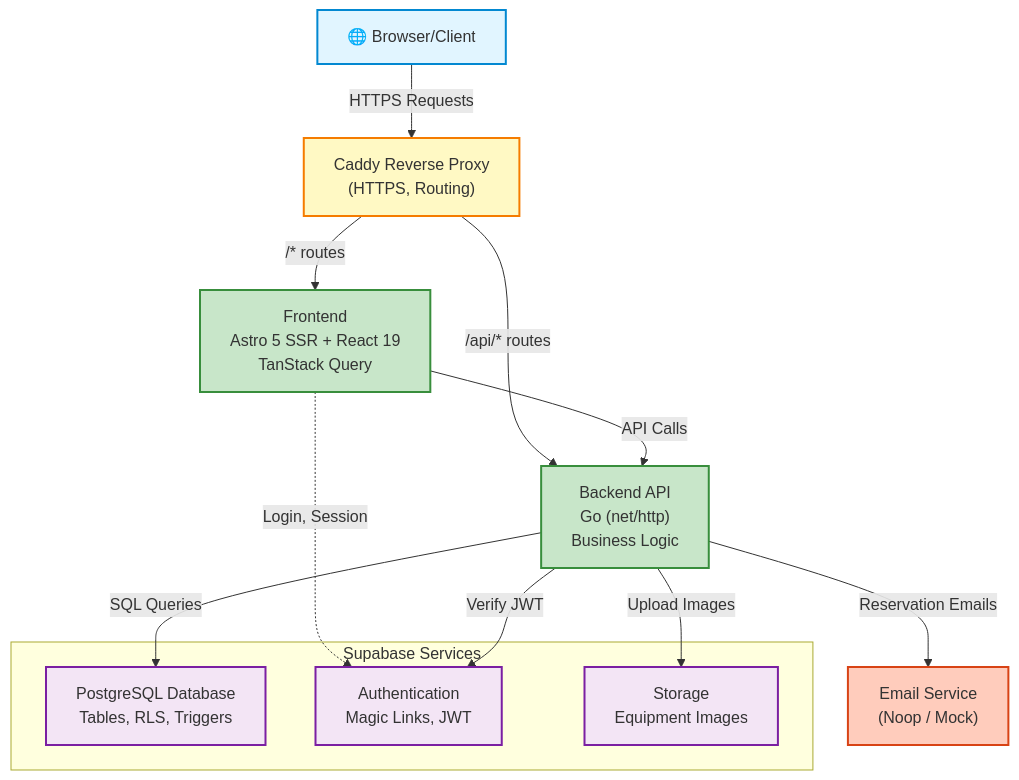
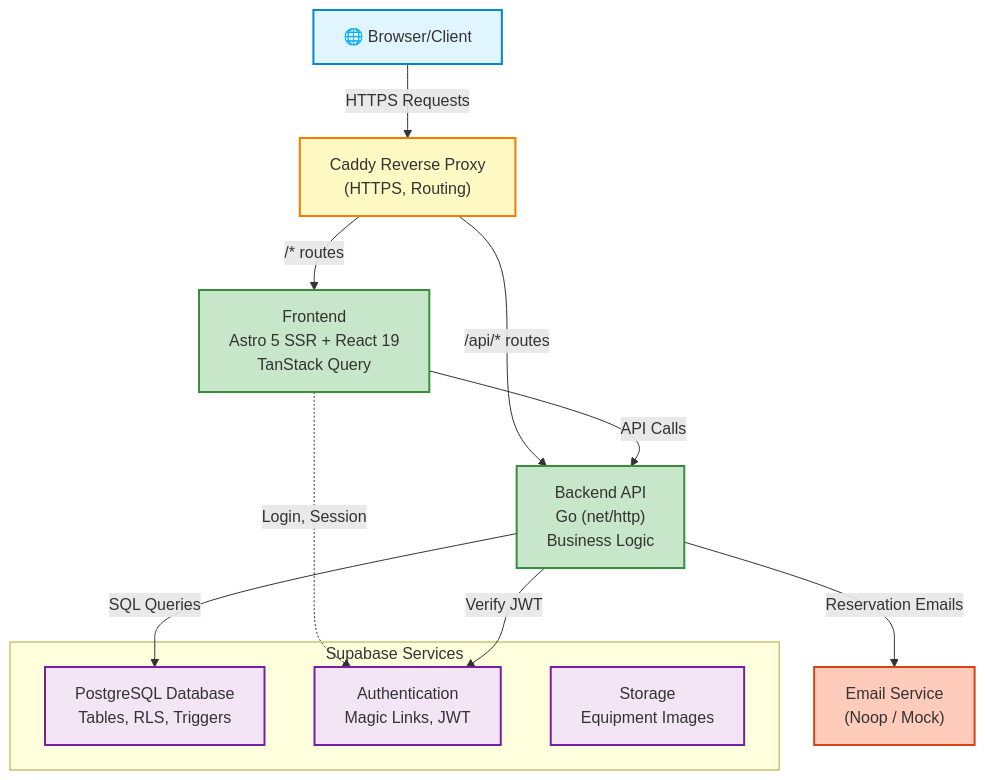
Before and after one commit to AKTK-Bystrze/Magazyn: the diagram in documentation/overview/high-level-architecture.md, drawn with Mermaid. The commit also changed other lines of this file and 74 other files, not shown here.

````diff
--- a/documentation/overview/high-level-architecture.md
+++ b/documentation/overview/high-level-architecture.md
@@ -5,43 +5,42 @@
 ```mermaid
 flowchart TB
     Browser["🌐 Browser/Client"]
-    
+
     Caddy["Caddy Reverse Proxy<br/>(HTTPS, Routing)"]
-    
+
     Frontend["Frontend<br/>Astro 5 SSR + React 19<br/>TanStack Query"]
-    
+
     Backend["Backend API<br/>Go (net/http)<br/>Business Logic"]
-    
+
     subgraph Supabase["Supabase Services"]
         DB["PostgreSQL Database<br/>Tables, RLS, Triggers"]
         Auth["Authentication<br/>Magic Links, JWT"]
         Storage["Storage<br/>Equipment Images"]
     end
-    
+
     Email["Email Service<br/>(Noop / Mock)"]
-    
+
     Browser -->|"HTTPS Requests"| Caddy
-    
+
     Caddy -->|"/* routes"| Frontend
     Caddy -->|"/api/* routes"| Backend
-    
+
     Frontend -->|"API Calls"| Backend
     Frontend -.->|"Login, Session"| Auth
-    
+
     Backend -->|"SQL Queries"| DB
     Backend -->|"Verify JWT"| Auth
-    Backend -->|"Upload Images"| Storage
     Backend -->|"Reservation Emails"| Email
-    
+
     classDef browserStyle fill:#e1f5ff,stroke:#0288d1,stroke-width:2px
     classDef proxyStyle fill:#fff9c4,stroke:#f57c00,stroke-width:2px
     classDef appStyle fill:#c8e6c9,stroke:#388e3c,stroke-width:2px
     classDef supabaseStyle fill:#f3e5f5,stroke:#7b1fa2,stroke-width:2px
     classDef externalStyle fill:#ffccbc,stroke:#d84315,stroke-width:2px
-    
+
     class Browser browserStyle
     class Caddy proxyStyle
     class Frontend,Backend appStyle
     class DB,Auth,Storage supabaseStyle
     class Email externalStyle
 ```
````
